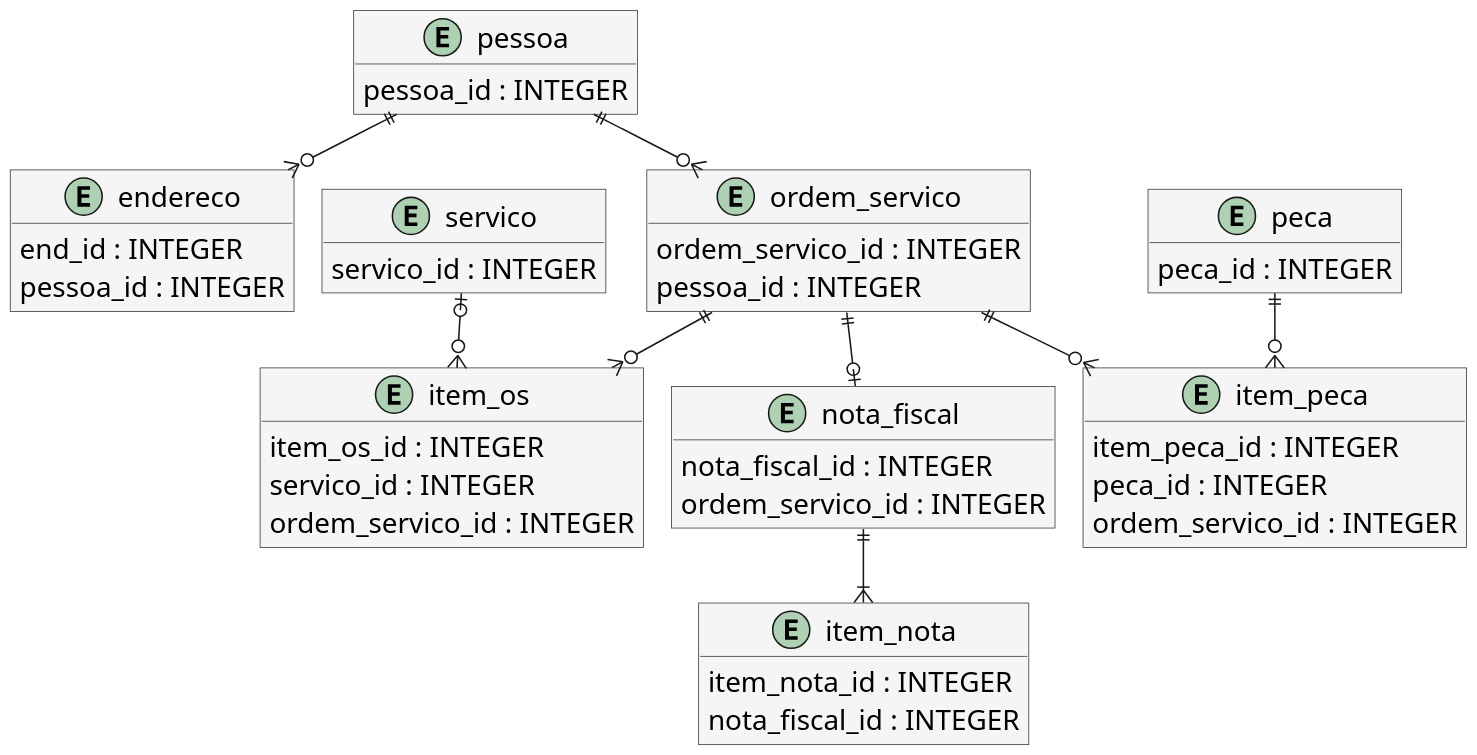
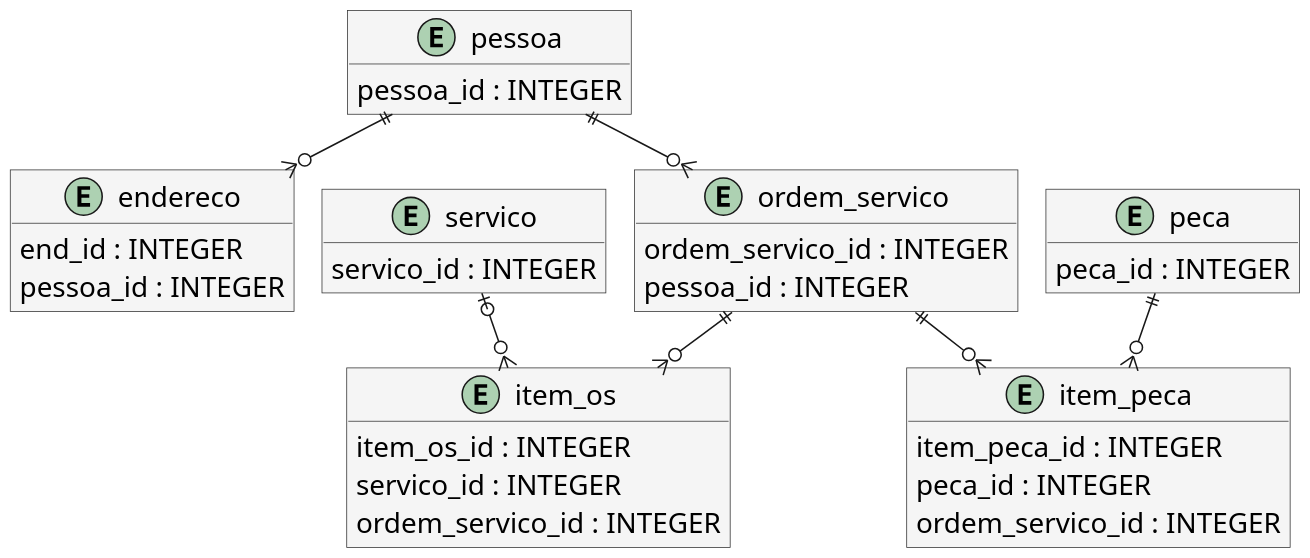
One commit to guiNasc1/ofisystem changed the diagram in docs/modelagem/04_der_os.puml. Above: the diagram before and after it, drawn with PlantUML. The commit also changed 43 other files, not shown here.

```diff
--- a/docs/modelagem/04_der_os.puml
+++ b/docs/modelagem/04_der_os.puml
@@ -1,62 +1,52 @@
 @startuml
 !pragma layout smetana
 skinparam backgroundColor white
 skinparam shadowing false
 skinparam defaultFontName Arial
 skinparam defaultFontSize 18
 skinparam dpi 150
 skinparam roundcorner 0
 skinparam maxMessageSize 180
 skinparam sequenceMessageAlign center
 skinparam ParticipantPadding 12
 skinparam BoxPadding 8
 skinparam classAttributeIconSize 0
 skinparam classBackgroundColor #F5F5F5
 skinparam classBorderColor #333333
 skinparam sequenceParticipantBackgroundColor #F5F5F5
 skinparam sequenceParticipantBorderColor #333333
 hide empty methods
 entity "pessoa" as Pessoa {
 pessoa_id : INTEGER
 }
 entity "endereco" as Endereco {
 end_id : INTEGER
 pessoa_id : INTEGER
 }
 entity "ordem_servico" as OrdemServico {
 ordem_servico_id : INTEGER
 pessoa_id : INTEGER
 }
 entity "item_os" as ItemOs {
 item_os_id : INTEGER
 servico_id : INTEGER
 ordem_servico_id : INTEGER
 }
 entity "item_peca" as ItemPeca {
 item_peca_id : INTEGER
 peca_id : INTEGER
 ordem_servico_id : INTEGER
 }
 entity "servico" as Servico {
 servico_id : INTEGER
 }
 entity "peca" as Peca {
 peca_id : INTEGER
 }
-entity "nota_fiscal" as NotaFiscal {
-nota_fiscal_id : INTEGER
-ordem_servico_id : INTEGER
-}
-entity "item_nota" as ItemNota {
-item_nota_id : INTEGER
-nota_fiscal_id : INTEGER
-}
 Pessoa ||--o{ Endereco
 Pessoa ||--o{ OrdemServico
 OrdemServico ||--o{ ItemOs
 OrdemServico ||--o{ ItemPeca
 Servico |o--o{ ItemOs
 Peca ||--o{ ItemPeca
-OrdemServico ||--o| NotaFiscal
-NotaFiscal ||--|{ ItemNota
 @enduml
```
